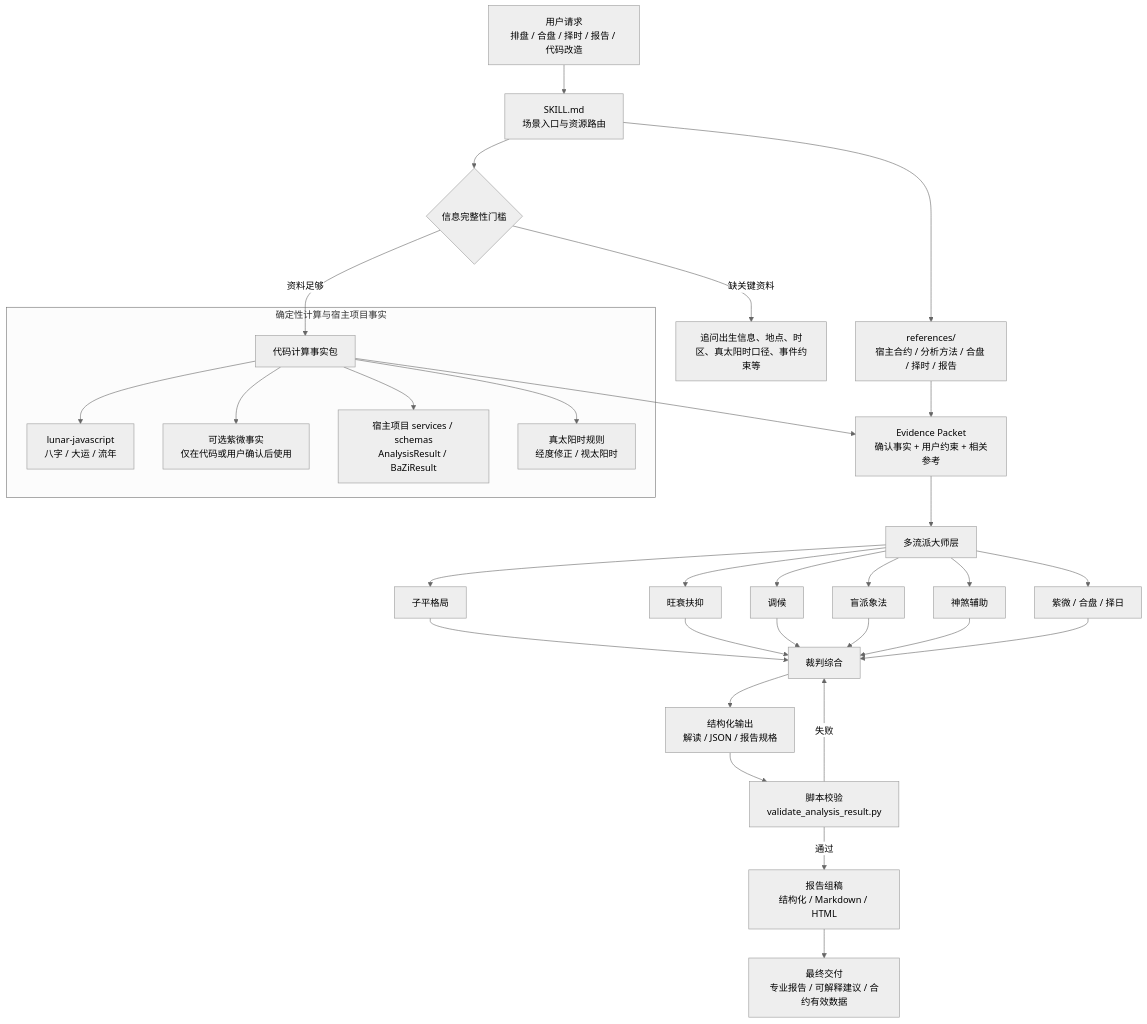
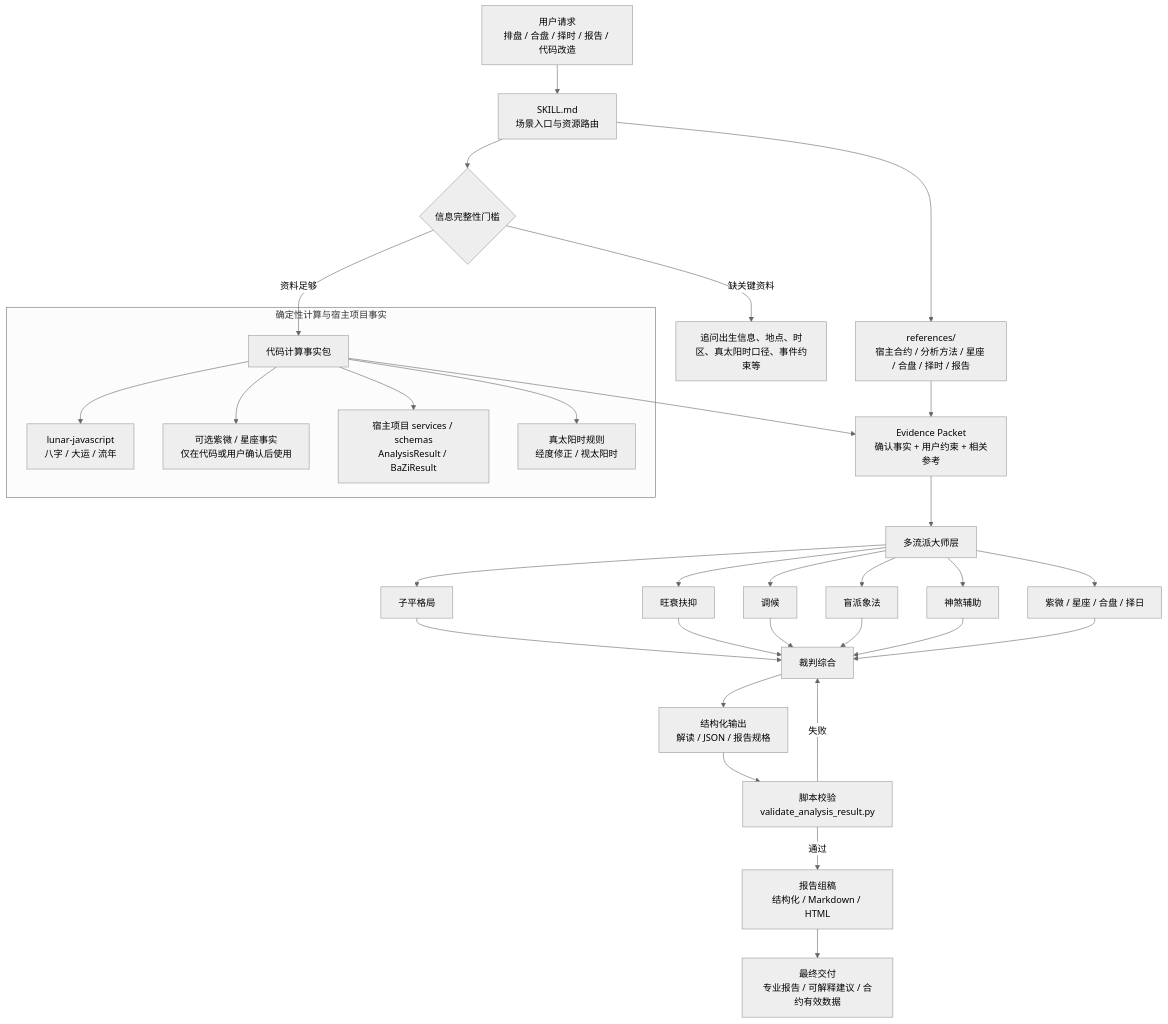
One commit to xuemian168/bazi-skill changed the diagram in README.md. Above: the diagram before and after it, drawn with Mermaid (neutral theme). The commit also changed other lines of this file and 13 other files, not shown here.

````diff
--- a/README.md
+++ b/README.md
@@ -82,39 +82,39 @@
 ```mermaid
 flowchart TD
     A["用户请求<br/>排盘 / 合盘 / 择时 / 报告 / 代码改造"] --> B["SKILL.md<br/>场景入口与资源路由"]
     B --> C{"信息完整性门槛"}
     C -->|缺关键资料| C1["追问出生信息、地点、时区、真太阳时口径、事件约束等"]
     C -->|资料足够| D["代码计算事实包"]
 
     subgraph S1["确定性计算与宿主项目事实"]
         D --> D1["lunar-javascript<br/>八字 / 大运 / 流年"]
-        D --> D2["可选紫微事实<br/>仅在代码或用户确认后使用"]
+        D --> D2["可选紫微 / 星座事实<br/>仅在代码或用户确认后使用"]
         D --> D3["宿主项目 services / schemas<br/>AnalysisResult / BaZiResult"]
         D --> D4["真太阳时规则<br/>经度修正 / 视太阳时"]
     end
 
     D --> E["Evidence Packet<br/>确认事实 + 用户约束 + 相关参考"]
-    B --> R["references/<br/>宿主合约 / 分析方法 / 合盘 / 择时 / 报告"]
+    B --> R["references/<br/>宿主合约 / 分析方法 / 星座 / 合盘 / 择时 / 报告"]
     R --> E
 
     E --> F["多流派大师层"]
     F --> F1["子平格局"]
     F --> F2["旺衰扶抑"]
     F --> F3["调候"]
     F --> F4["盲派象法"]
     F --> F5["神煞辅助"]
-    F --> F6["紫微 / 合盘 / 择日"]
+    F --> F6["紫微 / 星座 / 合盘 / 择日"]
 
     F1 --> G["裁判综合"]
     F2 --> G
     F3 --> G
     F4 --> G
     F5 --> G
     F6 --> G
 
     G --> H["结构化输出<br/>解读 / JSON / 报告规格"]
     H --> I["脚本校验<br/>validate_analysis_result.py"]
     I -->|通过| J["报告组稿<br/>结构化 / Markdown / HTML"]
     I -->|失败| G
     J --> K["最终交付<br/>专业报告 / 可解释建议 / 合约有效数据"]
 ```
````
